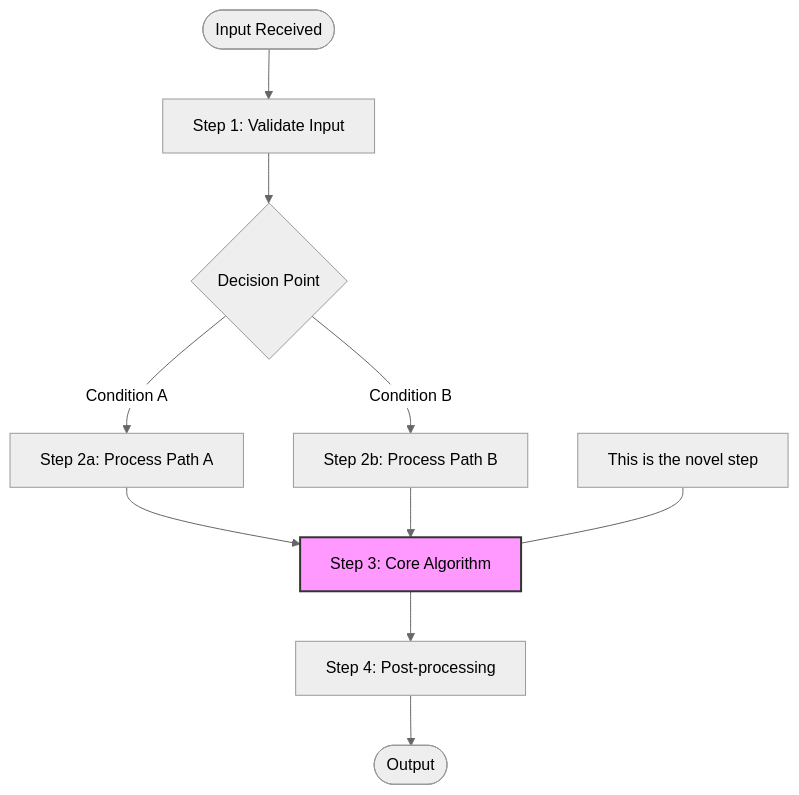
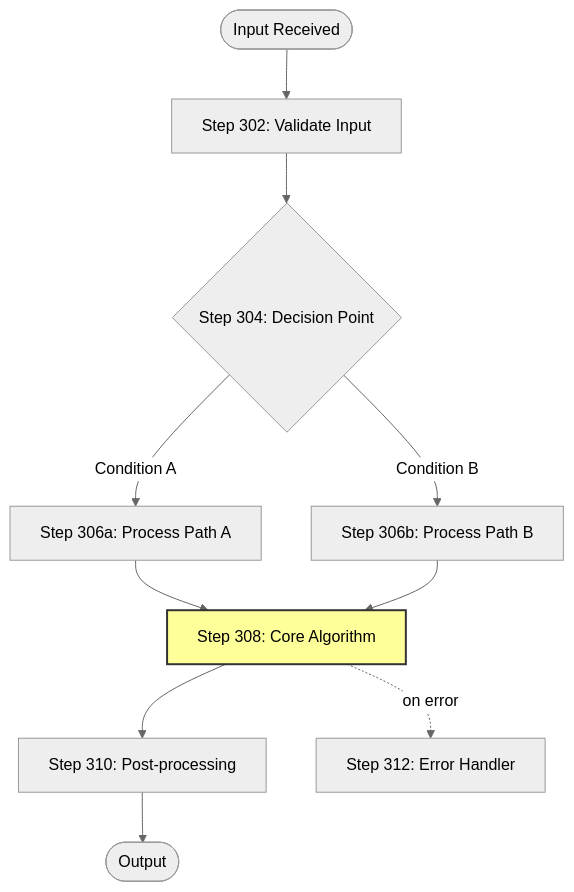
One commit to trilogy-group/cc-skill-patent-disclosure changed the third of 7 diagrams in skills/patent-disclosure/prompts/diagram-guidelines.md. Above: the diagram before and after it, drawn with Mermaid (neutral theme). The commit also changed other lines of this file and 13 other files, not shown here.

````diff
--- a/skills/patent-disclosure/prompts/diagram-guidelines.md
+++ b/skills/patent-disclosure/prompts/diagram-guidelines.md
@@ -34,14 +63,14 @@
 ```mermaid
 flowchart TD
-    Start([Input Received]) --> A[Step 1: Validate Input]
-    A --> B{Decision Point}
-    B -->|Condition A| C[Step 2a: Process Path A]
-    B -->|Condition B| D[Step 2b: Process Path B]
-    C --> E[Step 3: Core Algorithm]
+    Start(["Input Received"]) --> A["Step 302: Validate Input"]
+    A --> B{"Step 304: Decision Point"}
+    B -->|"Condition A"| C["Step 306a: Process Path A"]
+    B -->|"Condition B"| D["Step 306b: Process Path B"]
+    C --> E["Step 308: Core Algorithm"]
     D --> E
-    E --> F[Step 4: Post-processing]
-    F --> G([Output])
+    E --> F["Step 310: Post-processing"]
+    F --> G(["Output"])
+    E -.->|"on error"| H["Step 312: Error Handler"]
 
-    style E fill:#f9f,stroke:#333,stroke-width:2px
-    note1[This is the novel step] --- E
+    style E fill:#ff9,stroke:#333,stroke-width:2px
 ```
````
